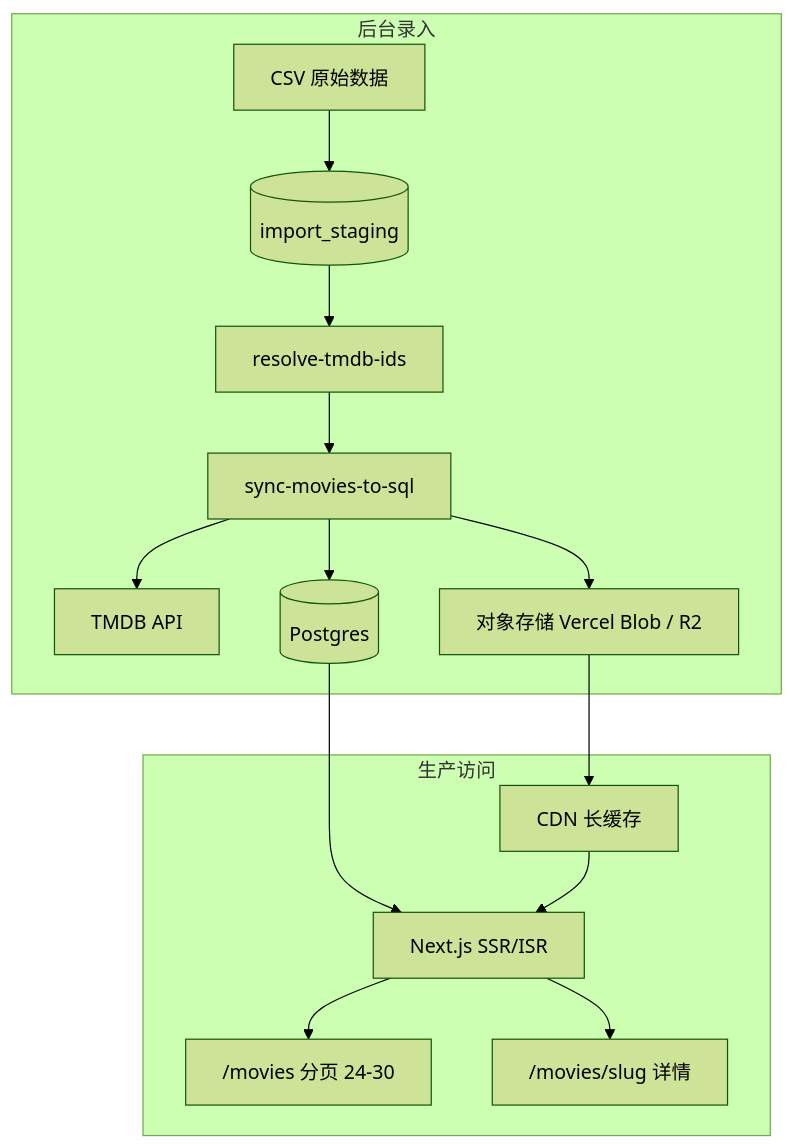
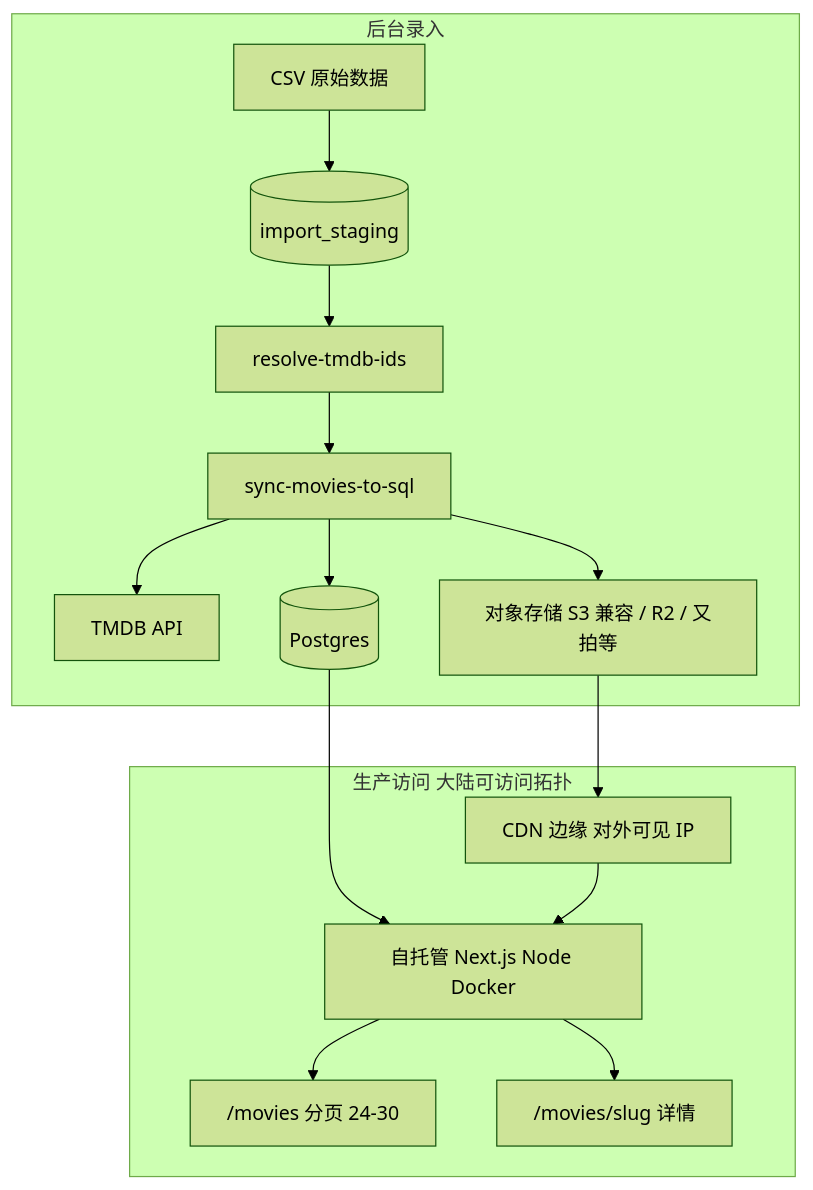
The second of 4 diagrams in docs/technical/bulk-movie-ingestion-and-sql-migration.md (xue7106211/station-zero), drawn with Mermaid (forest theme) before and after one commit. The commit also changed other lines of this file and 1 other file, not shown here.

````diff
--- a/docs/technical/bulk-movie-ingestion-and-sql-migration.md
+++ b/docs/technical/bulk-movie-ingestion-and-sql-migration.md
@@ -111,18 +113,18 @@
 ```mermaid
 flowchart TB
   subgraph ingest [后台录入]
     csv[CSV 原始数据] --> staging[(import_staging)]
     staging --> resolve[resolve-tmdb-ids]
     resolve --> sync[sync-movies-to-sql]
     sync --> tmdb[TMDB API]
     sync --> pg[(Postgres)]
-    sync --> blob[对象存储 Vercel Blob / R2]
+    sync --> blob[对象存储 S3 兼容 / R2 / 又拍等]
   end
-  subgraph runtime [生产访问]
-    pg --> next[Next.js SSR/ISR]
-    blob --> cdn[CDN 长缓存]
-    cdn --> next
-    next --> list["/movies 分页 24-30"]
-    next --> detail["/movies/slug 详情"]
+  subgraph runtime [生产访问 大陆可访问拓扑]
+    pg --> app[自托管 Next.js Node Docker]
+    blob --> cdn[CDN 边缘 对外可见 IP]
+    cdn --> app
+    app --> list["/movies 分页 24-30"]
+    app --> detail["/movies/slug 详情"]
   end
 ```
````
